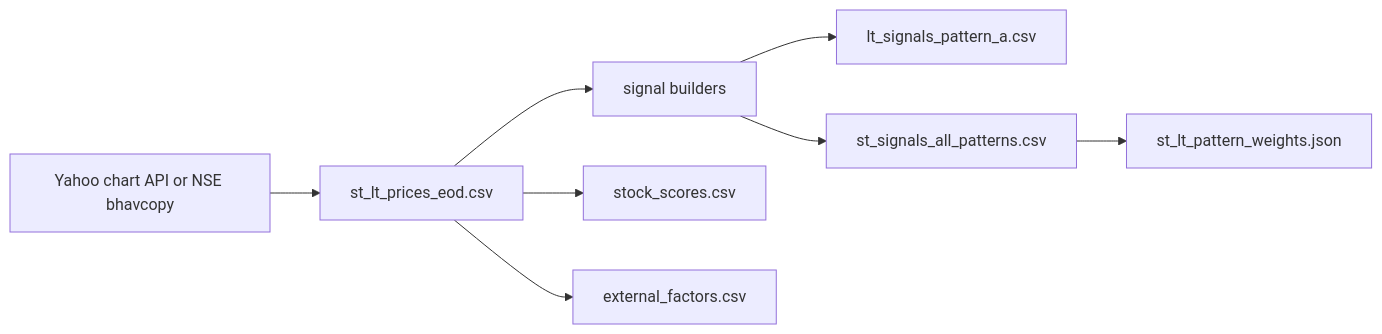
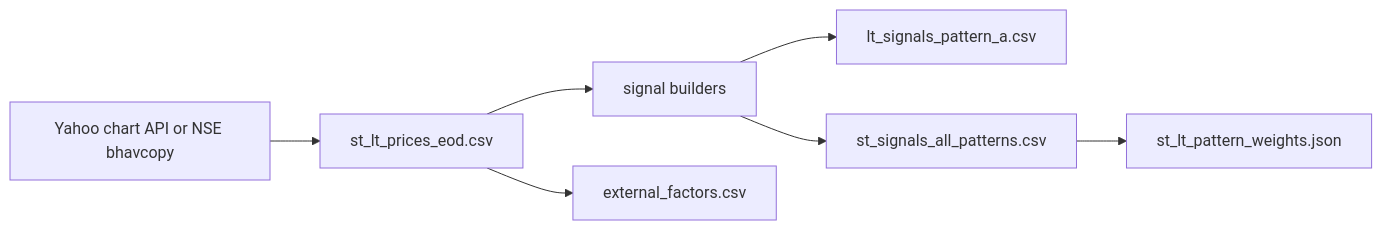
One commit to SarbariRoy/stock-operator changed the diagram in stock_triggers/docs/data-source.md. Above: the diagram before and after it, drawn with Mermaid. The commit also changed other lines of this file and 24 other files, not shown here.

Commit message:
chore: remove stock scores, decouple RSI, and skip daily candle recompute

````diff
--- a/stock_triggers/docs/data-source.md
+++ b/stock_triggers/docs/data-source.md
@@ -15,10 +15,9 @@
 ```mermaid
 flowchart LR
     A[Yahoo chart API or NSE bhavcopy] --> B[st_lt_prices_eod.csv]
     B --> C[signal builders]
     C --> D[lt_signals_pattern_a.csv]
     C --> E[st_signals_all_patterns.csv]
     E --> F[st_lt_pattern_weights.json]
-    B --> G[stock_scores.csv]
-    B --> H[external_factors.csv]
+    B --> G[external_factors.csv]
 ```
````
